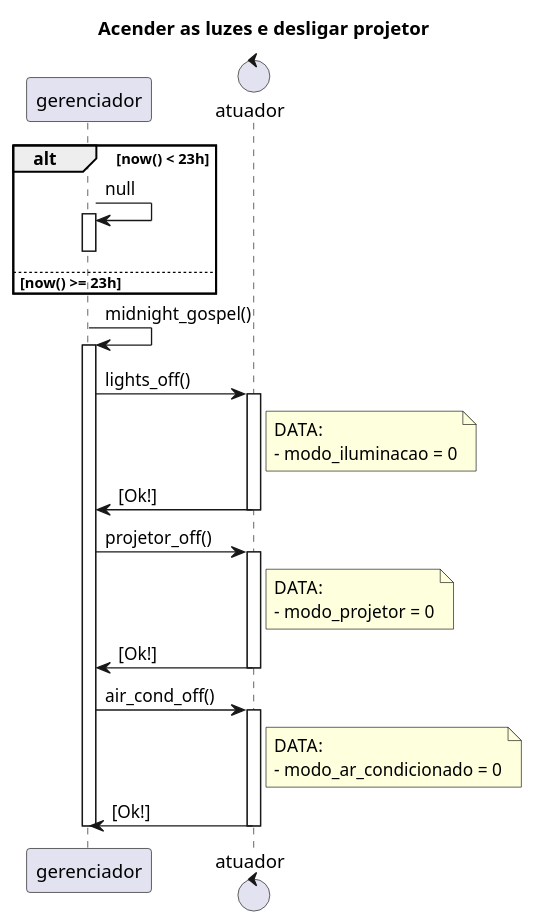
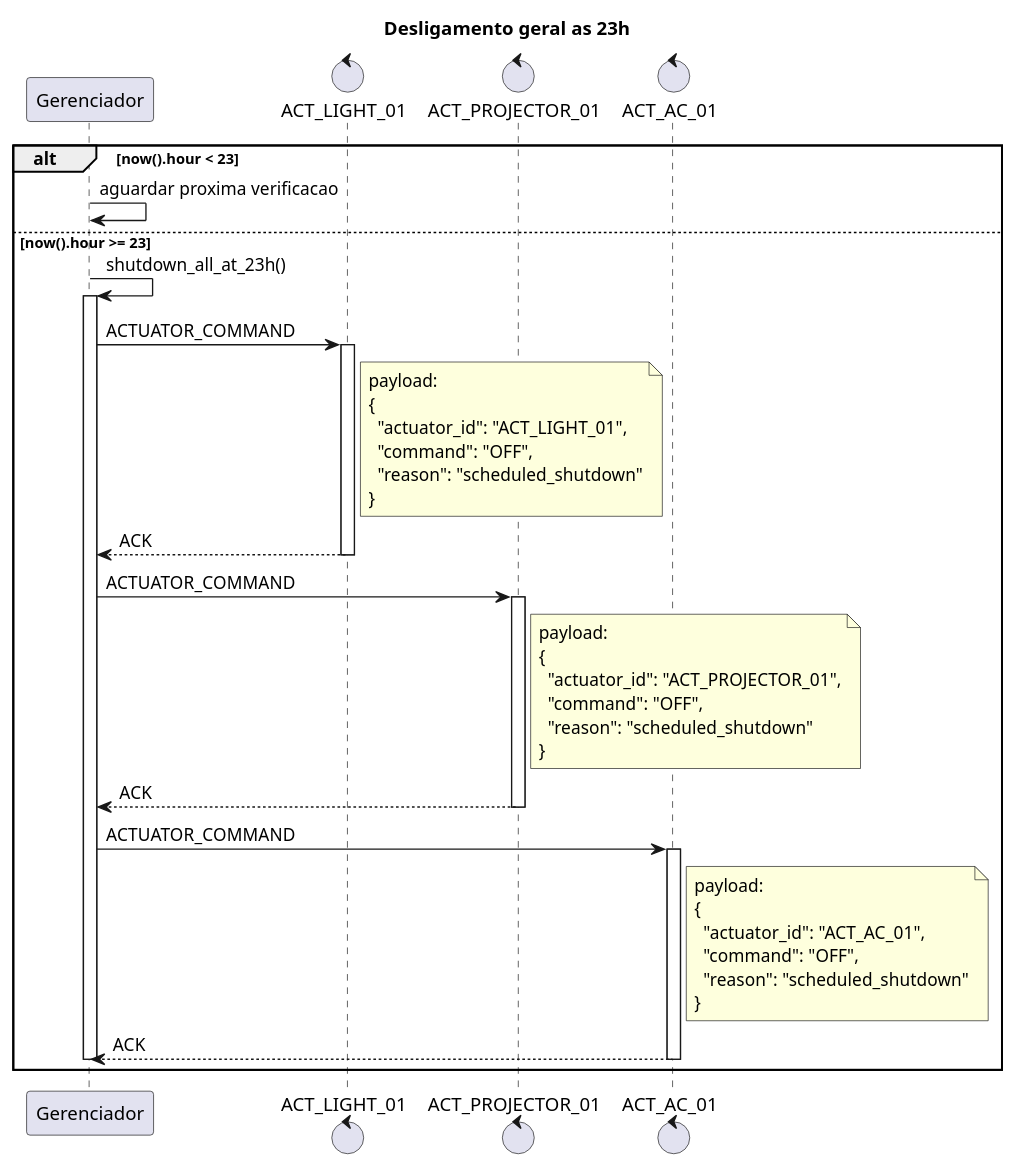
The diagram in Trabalho2/Parte1/Gerenciador/RequisitosFuncionais/3.7.wsd (jorgesalhani/computerNetworksTeam), drawn with PlantUML before and after one commit. The commit also changed 28 other files, not shown here.

```diff
--- a/Trabalho2/Parte1/Gerenciador/RequisitosFuncionais/3.7.wsd
+++ b/Trabalho2/Parte1/Gerenciador/RequisitosFuncionais/3.7.wsd
@@ -1,51 +1,58 @@
 @startuml
 
-title Acender as luzes e desligar projetor
+title Desligamento geral as 23h
 
-participant gerenciador
-control atuador
+participant "Gerenciador" as manager
+control "ACT_LIGHT_01" as light
+control "ACT_PROJECTOR_01" as projector
+control "ACT_AC_01" as ac
 
-alt now() < 23h
-  gerenciador -> gerenciador : null
-  activate gerenciador
-  deactivate gerenciador
+alt now().hour < 23
+  manager -> manager : aguardar proxima verificacao
+else now().hour >= 23
+  manager -> manager : shutdown_all_at_23h()
+  activate manager
 
-else now() >= 23h
+  manager -> light : ACTUATOR_COMMAND
+  activate light
+  note right of light
+    payload:
+    {
+      "actuator_id": "ACT_LIGHT_01",
+      "command": "OFF",
+      "reason": "scheduled_shutdown"
+    }
+  end note
+  light --> manager : ACK
+  deactivate light
+
+  manager -> projector : ACTUATOR_COMMAND
+  activate projector
+  note right of projector
+    payload:
+    {
+      "actuator_id": "ACT_PROJECTOR_01",
+      "command": "OFF",
+      "reason": "scheduled_shutdown"
+    }
+  end note
+  projector --> manager : ACK
+  deactivate projector
+
+  manager -> ac : ACTUATOR_COMMAND
+  activate ac
+  note right of ac
+    payload:
+    {
+      "actuator_id": "ACT_AC_01",
+      "command": "OFF",
+      "reason": "scheduled_shutdown"
+    }
+  end note
+  ac --> manager : ACK
+  deactivate ac
+
+  deactivate manager
 end
 
-gerenciador -> gerenciador: midnight_gospel()
-activate gerenciador
-
-gerenciador -> atuador : lights_off()
-activate atuador
-note right of atuador
-  DATA:
-  - modo_iluminacao = 0
-end note
-
-gerenciador <- atuador : [Ok!]
-deactivate atuador
-
-gerenciador -> atuador : projetor_off()
-activate atuador
-note right of atuador
-  DATA:
-  - modo_projetor = 0
-end note
-
-gerenciador <- atuador : [Ok!]
-deactivate atuador
-
-gerenciador -> atuador : air_cond_off()
-activate atuador
-note right of atuador
-  DATA:
-  - modo_ar_condicionado = 0
-end note
-
-gerenciador <- atuador : [Ok!]
-deactivate atuador
-deactivate gerenciador
-
-
 @enduml
```
